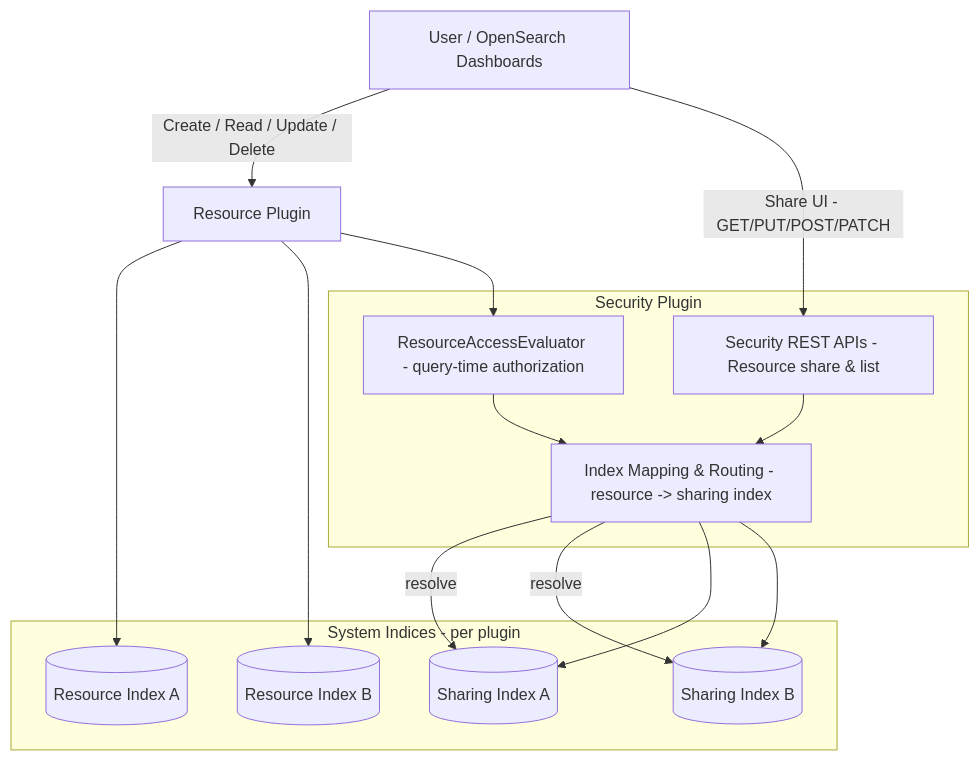
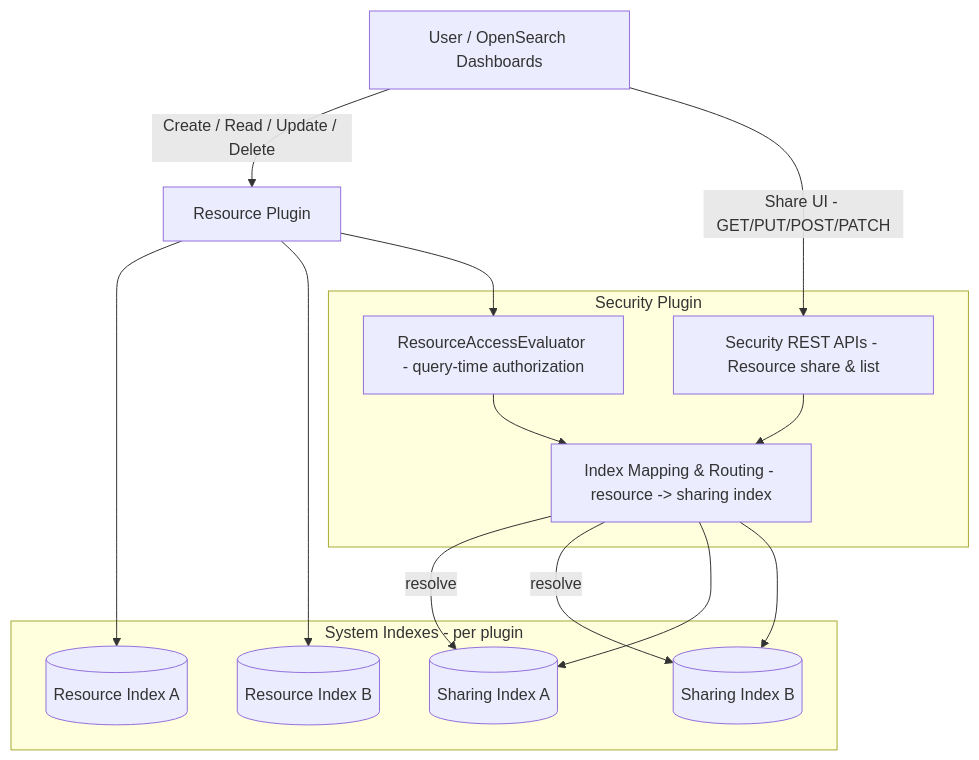
One commit to opensearch-project/project-website changed the first of 2 diagrams in _posts/2025-12-14-Resource-Sharing-Technical-Deep-Dive.md. Above: the diagram before and after it, drawn with Mermaid. The commit also changed other lines of this file, not shown here.

````diff
--- a/_posts/2025-12-14-Resource-Sharing-Technical-Deep-Dive.md
+++ b/_posts/2025-12-14-Resource-Sharing-Technical-Deep-Dive.md
@@ -113,31 +115,31 @@
 ```mermaid
 flowchart TD
     U[User / OpenSearch Dashboards] -->|Create / Read / Update / Delete| PL[Resource Plugin]
 
     subgraph Security[Security Plugin]
       API[Security REST APIs - Resource share & list]
       RAE[ResourceAccessEvaluator - query-time authorization]
       MAP[Index Mapping & Routing - resource -> sharing index]
     end
 
-    subgraph Data[System Indices - per plugin]
+    subgraph Data[System Indexes - per plugin]
       RIDX1[(Resource Index A)]
       RSIDX1[(Sharing Index A)]
       RIDX2[(Resource Index B)]
       RSIDX2[(Sharing Index B)]
     end
 
     PL --> RIDX1
     PL --> RIDX2
 
     %% Query-time evaluation
     PL --> RAE
     RAE --> MAP
     MAP -->|resolve| RSIDX1
     MAP -->|resolve| RSIDX2
 
     %% Dashboards access management flows
     U -->|Share UI - GET/PUT/POST/PATCH| API
     API --> MAP
     MAP --> RSIDX1 & RSIDX2
 ```
````
